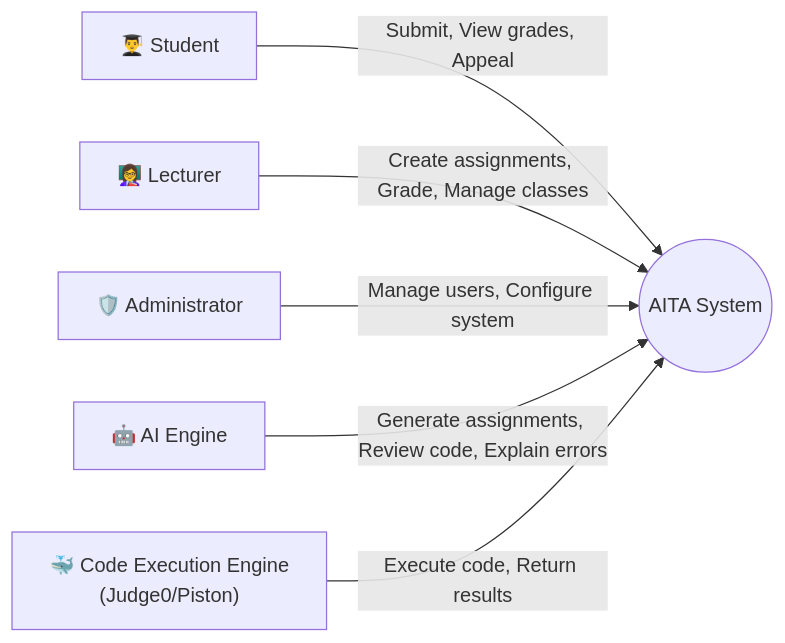
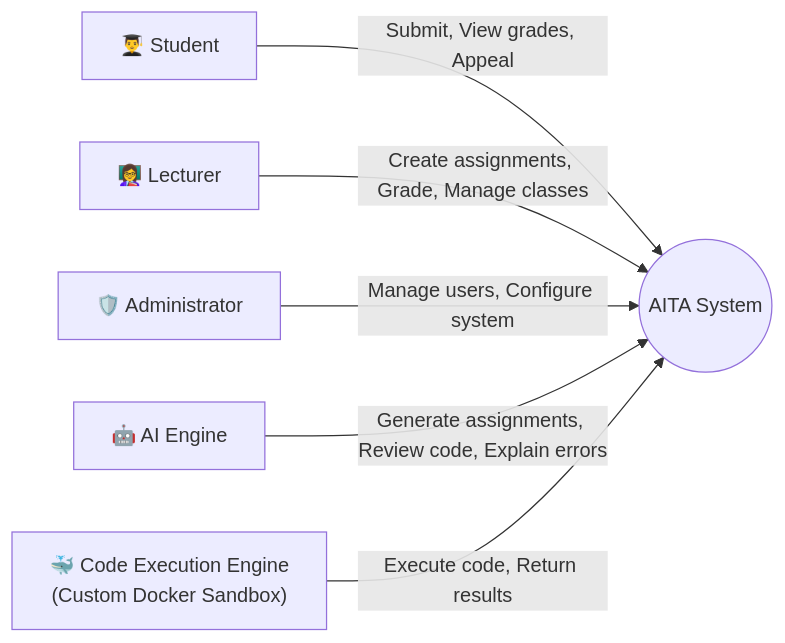
The second of 10 diagrams in docs/01_SRS/AITA_SRS_Document_v1.2_final.md (qucthih/SWP391_Group3), drawn with Mermaid before and after one commit. The commit also changed other lines of this file and 1 other file, not shown here.

````diff
--- a/docs/01_SRS/AITA_SRS_Document_v1.2_final.md
+++ b/docs/01_SRS/AITA_SRS_Document_v1.2_final.md
@@ -150,14 +152,14 @@
 ```mermaid
 graph LR
     STUDENT["👨‍🎓 Student"]
     LECTURER["👩‍🏫 Lecturer"]
     ADMIN["🛡️ Administrator"]
     AI["🤖 AI Engine"]
-    CODE_EXEC["🐳 Code Execution Engine<br/>(Judge0/Piston)"]
+    CODE_EXEC["🐳 Code Execution Engine<br/>(Custom Docker Sandbox)"]
 
     STUDENT -->|Submit, View grades, Appeal| SYSTEM(("AITA System"))
     LECTURER -->|Create assignments, Grade, Manage classes| SYSTEM
     ADMIN -->|Manage users, Configure system| SYSTEM
     AI -->|Generate assignments, Review code, Explain errors| SYSTEM
     CODE_EXEC -->|Execute code, Return results| SYSTEM
 ```
````
